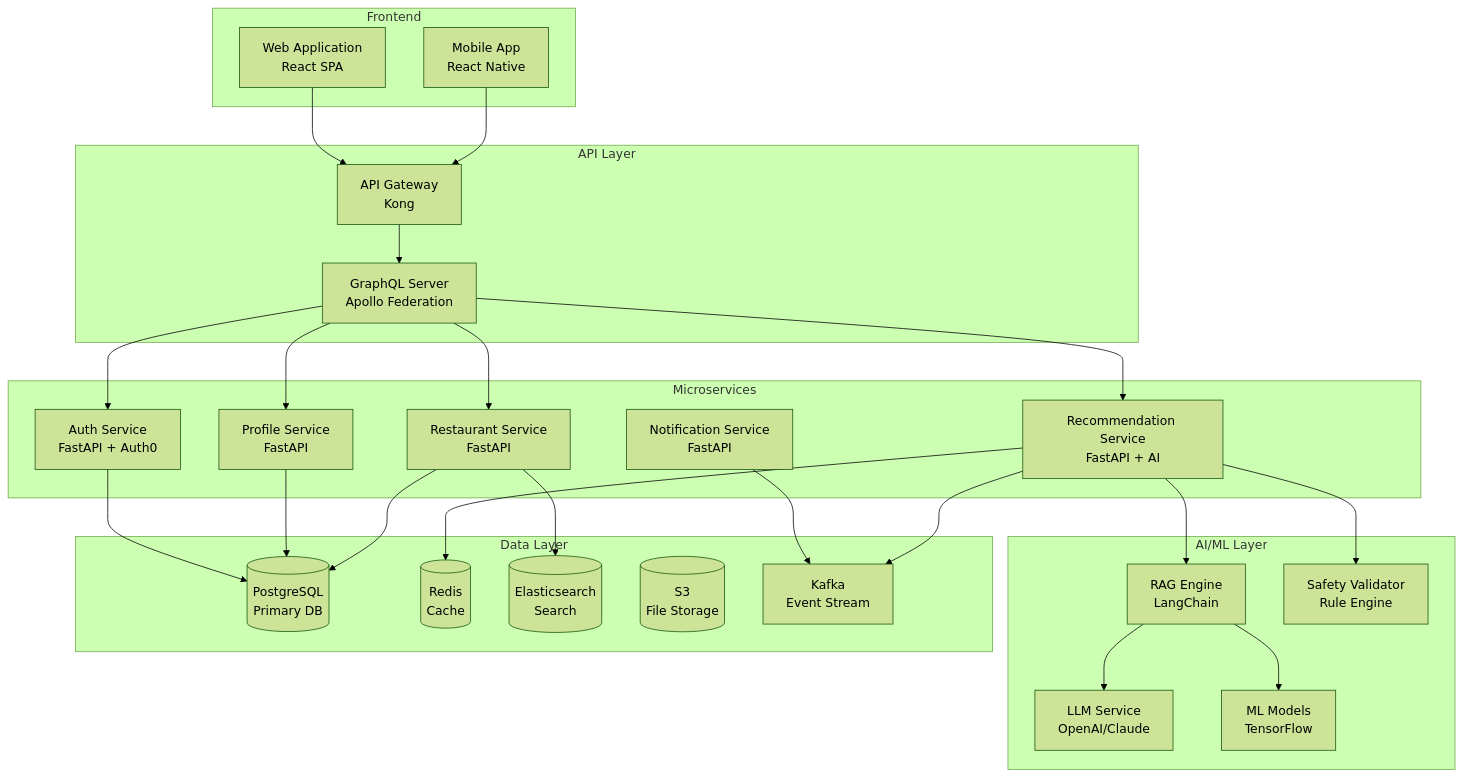
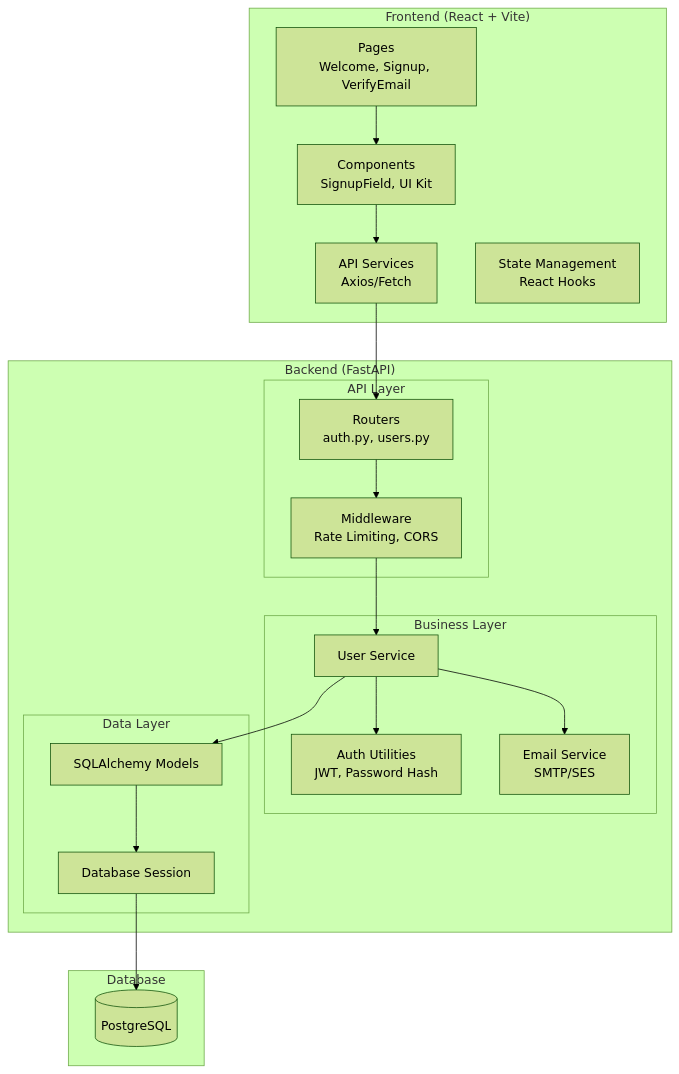
The fourth of 9 diagrams in proj2/docs/3-DESIGN/3.1-SAD/SAD-MASTER.md (Asoingbob225/CSC510), drawn with Mermaid (forest theme) before and after one commit. The commit also changed other lines of this file and 22 other files, not shown here.

````diff
--- a/proj2/docs/3-DESIGN/3.1-SAD/SAD-MASTER.md
+++ b/proj2/docs/3-DESIGN/3.1-SAD/SAD-MASTER.md
@@ -314,57 +291,42 @@
 ```mermaid
 graph TB
-    subgraph "Frontend"
-        WebApp[Web Application<br/>React SPA]
-        MobileApp[Mobile App<br/>React Native]
+    subgraph "Frontend (React + Vite)"
+        Pages[Pages<br/>Welcome, Signup, VerifyEmail]
+        Components[Components<br/>SignupField, UI Kit]
+        Services[API Services<br/>Axios/Fetch]
+        State[State Management<br/>React Hooks]
     end
-
-    subgraph "API Layer"
-        Gateway[API Gateway<br/>Kong]
-        GraphQL[GraphQL Server<br/>Apollo Federation]
+    
+    subgraph "Backend (FastAPI)"
+        subgraph "API Layer"
+            Routers[Routers<br/>auth.py, users.py]
+            Middleware[Middleware<br/>Rate Limiting, CORS]
+        end
+        
+        subgraph "Business Layer"
+            UserSvc[User Service]
+            AuthUtil[Auth Utilities<br/>JWT, Password Hash]
+            EmailSvc[Email Service<br/>SMTP/SES]
+        end
+        
+        subgraph "Data Layer"
+            Models[SQLAlchemy Models]
+            DB[Database Session]
+        end
     end
-
-    subgraph "Microservices"
-        AuthSvc[Auth Service<br/>FastAPI + Auth0]
-        ProfileSvc[Profile Service<br/>FastAPI]
-        RecSvc[Recommendation Service<br/>FastAPI + AI]
-        RestSvc[Restaurant Service<br/>FastAPI]
-        NotifSvc[Notification Service<br/>FastAPI]
+    
+    subgraph "Database"
+        PostgreSQL[(PostgreSQL)]
     end
-
-    subgraph "AI/ML Layer"
-        RAG[RAG Engine<br/>LangChain]
-        LLM[LLM Service<br/>OpenAI/Claude]
-        MLModels[ML Models<br/>TensorFlow]
-        Validator[Safety Validator<br/>Rule Engine]
-    end
-
-    subgraph "Data Layer"
-        Postgres[(PostgreSQL<br/>Primary DB)]
-        Redis[(Redis<br/>Cache)]
-        Elastic[(Elasticsearch<br/>Search)]
-        S3[(S3<br/>File Storage)]
-        Kafka[Kafka<br/>Event Stream]
-    end
-
-    WebApp --> Gateway
-    MobileApp --> Gateway
-    Gateway --> GraphQL
-    GraphQL --> AuthSvc
-    GraphQL --> ProfileSvc
-    GraphQL --> RecSvc
-    GraphQL --> RestSvc
-
-    RecSvc --> RAG
-    RAG --> LLM
-    RAG --> MLModels
-    RecSvc --> Validator
-
-    AuthSvc --> Postgres
-    ProfileSvc --> Postgres
-    RestSvc --> Postgres
-    RecSvc --> Redis
-    RestSvc --> Elastic
-
-    NotifSvc --> Kafka
-    RecSvc --> Kafka
+    
+    Pages --> Components
+    Components --> Services
+    Services --> Routers
+    Routers --> Middleware
+    Middleware --> UserSvc
+    UserSvc --> AuthUtil
+    UserSvc --> EmailSvc
+    UserSvc --> Models
+    Models --> DB
+    DB --> PostgreSQL
 ```
````
